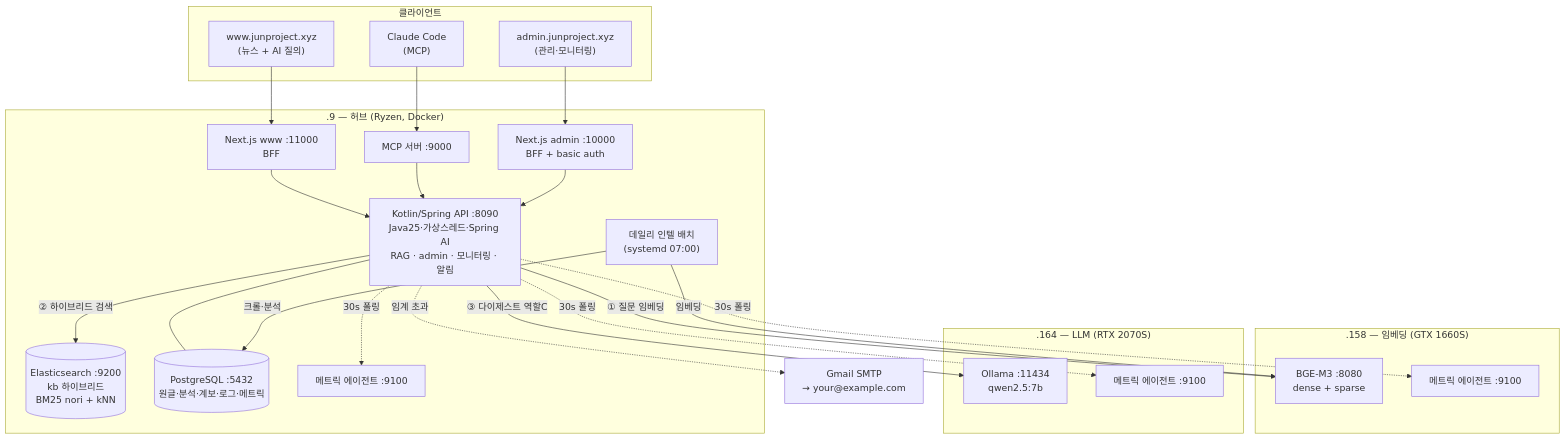
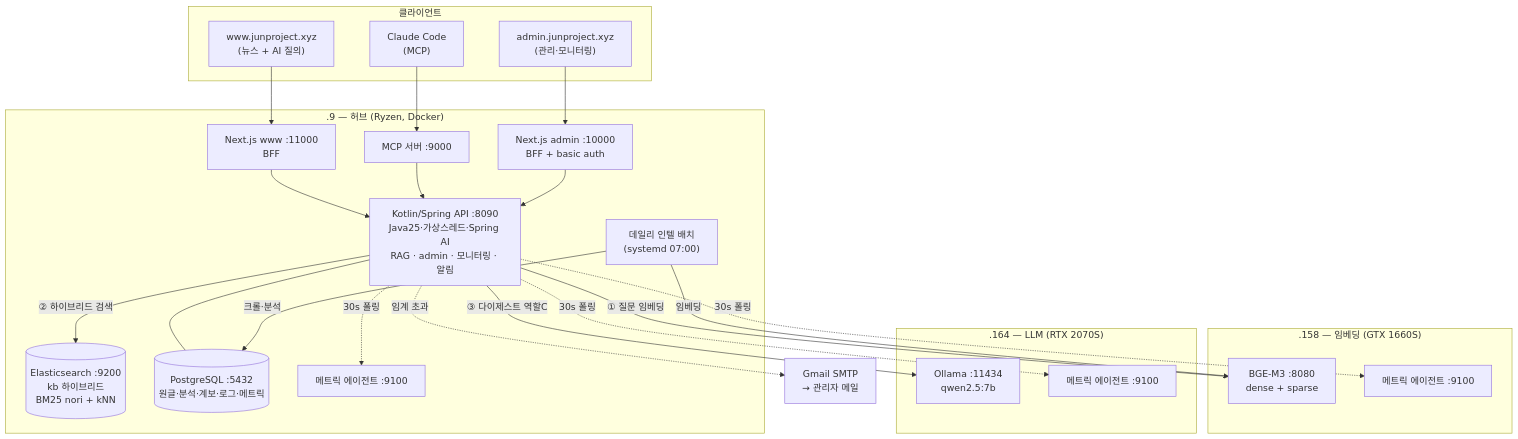
Before and after one commit to junhyeong9812/grounded-dev-rag: the diagram in README.md, drawn with Mermaid. The commit also changed other lines of this file and 17 other files, not shown here.

````diff
--- a/README.md
+++ b/README.md
@@ -14,44 +14,44 @@
 ```mermaid
 flowchart TB
     subgraph clients[클라이언트]
         WWW["www.junproject.xyz<br/>(뉴스 + AI 질의)"]
         ADM["admin.junproject.xyz<br/>(관리·모니터링)"]
         MCP_C["Claude Code<br/>(MCP)"]
     end
 
     subgraph s9[".9 — 허브 (Ryzen, Docker)"]
         WEB["Next.js www :11000<br/>BFF"]
         ADMIN["Next.js admin :10000<br/>BFF + basic auth"]
         MCPS["MCP 서버 :9000"]
         API["Kotlin/Spring API :8090<br/>Java25·가상스레드·Spring AI<br/>RAG · admin · 모니터링 · 알림"]
         ES[("Elasticsearch :9200<br/>kb 하이브리드<br/>BM25 nori + kNN")]
         PG[("PostgreSQL :5432<br/>원글·분석·계보·로그·메트릭")]
         AGENT9["메트릭 에이전트 :9100"]
         INTEL["데일리 인텔 배치<br/>(systemd 07:00)"]
     end
 
     subgraph s158[".158 — 임베딩 (GTX 1660S)"]
         EMB["BGE-M3 :8080<br/>dense + sparse"]
         AGENT158["메트릭 에이전트 :9100"]
     end
 
     subgraph s164[".164 — LLM (RTX 2070S)"]
         OLL["Ollama :11434<br/>qwen2.5:7b"]
         AGENT164["메트릭 에이전트 :9100"]
     end
 
     WWW --> WEB --> API
     MCP_C --> MCPS --> API
     ADM --> ADMIN --> API
 
     API -->|① 질문 임베딩| EMB
     API -->|② 하이브리드 검색| ES
     API -->|③ 다이제스트 역할C| OLL
     API --- PG
 
     INTEL -->|크롤·분석| PG
     INTEL -->|임베딩| EMB
 
     API -.->|30s 폴링| AGENT9 & AGENT158 & AGENT164
-    API -.->|임계 초과| MAIL["Gmail SMTP<br/>→ your@example.com"]
+    API -.->|임계 초과| MAIL["Gmail SMTP<br/>→ 관리자 메일"]
 ```
````
